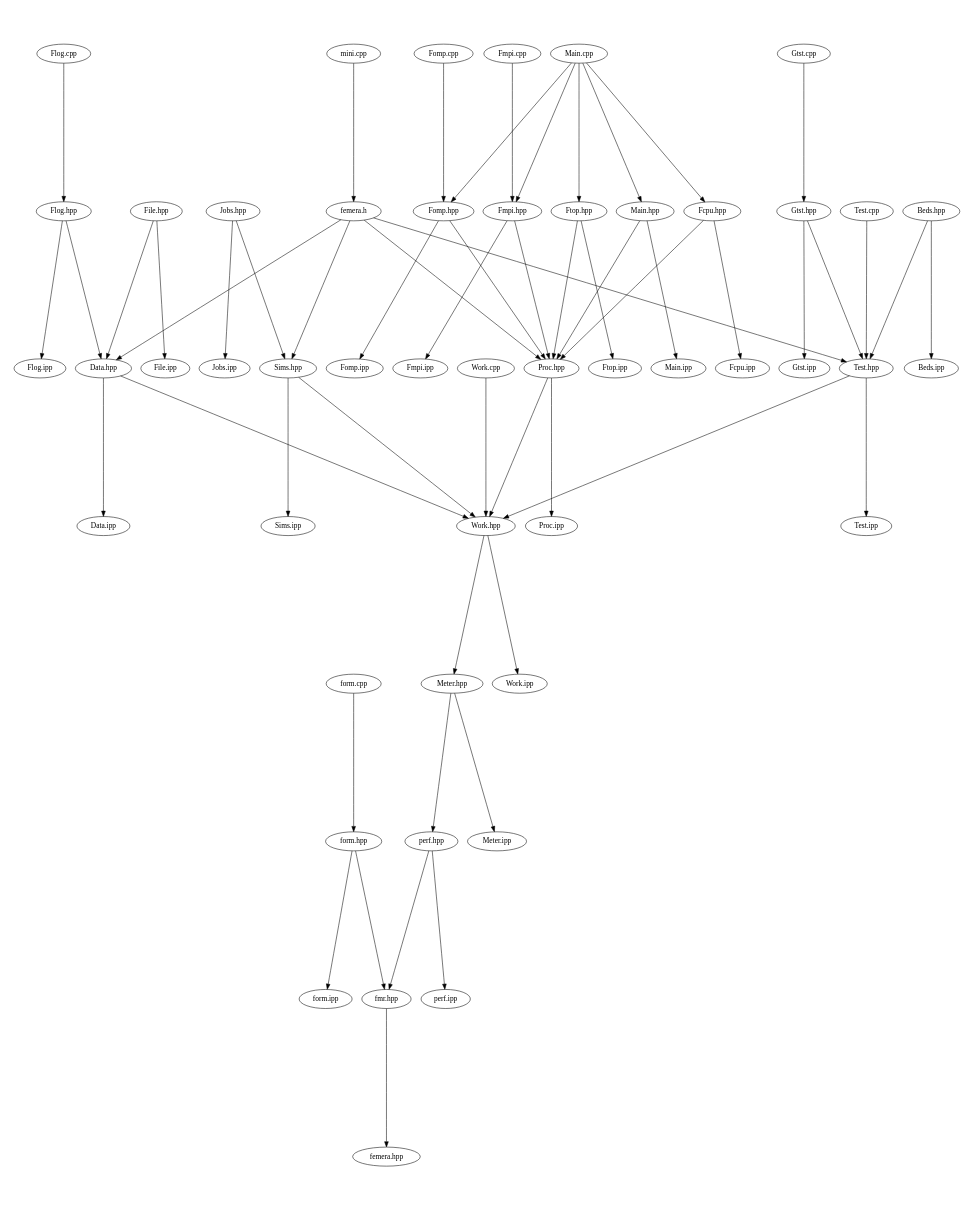
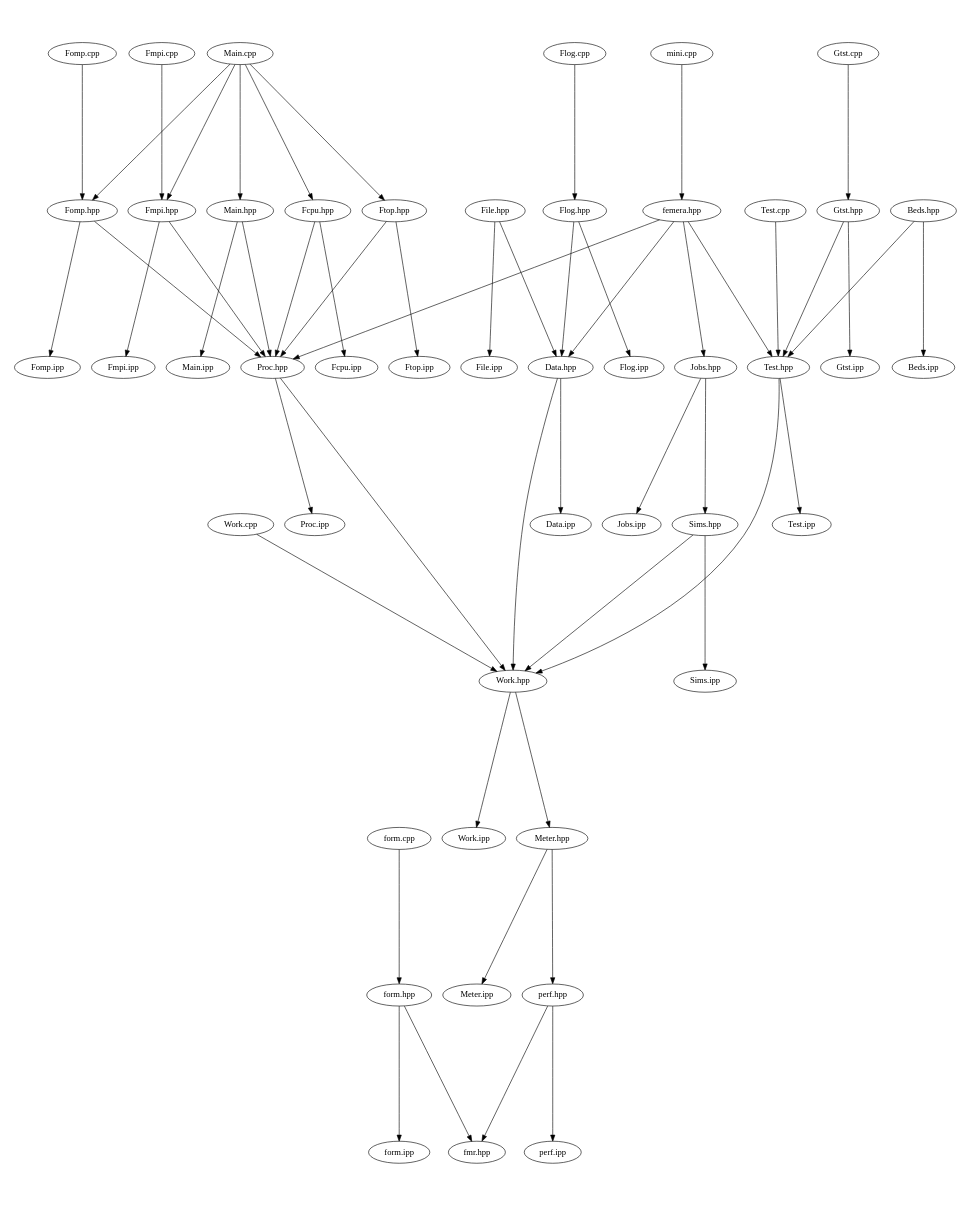
The diagram in src/docs/src-notest.dot (waggyz/femera-mini-app), drawn with Graphviz before and after one commit. The commit also changed 16 other files, not shown here.

```diff
--- a/src/docs/src-notest.dot
+++ b/src/docs/src-notest.dot
@@ -1,62 +1,61 @@
 digraph "source tree" {
     overlap=scale;
     size="8,10";
     ratio="fill";
     fontsize="16";
     fontname="Helvetica";
 	clusterrank="local";
+	"femera.hpp" -> "Jobs.hpp"
 	"Meter.hpp" -> "perf.hpp"
 	"Main.cpp" -> "Fomp.hpp"
 	"Sims.hpp" -> "Work.hpp"
 	"Fmpi.hpp" -> "Fmpi.ipp"
 	"Sims.hpp" -> "Sims.ipp"
 	"Jobs.hpp" -> "Jobs.ipp"
 	"Fomp.cpp" -> "Fomp.hpp"
+	"femera.hpp" -> "Proc.hpp"
 	"Main.cpp" -> "Main.hpp"
-	"femera.h" -> "Data.hpp"
-	"femera.h" -> "Proc.hpp"
 	"Proc.hpp" -> "Proc.ipp"
 	"Main.cpp" -> "Fmpi.hpp"
 	"Main.cpp" -> "Fcpu.hpp"
 	"Ftop.hpp" -> "Ftop.ipp"
 	"perf.hpp" -> "fmr.hpp"
 	"Data.hpp" -> "Data.ipp"
 	"Work.hpp" -> "Work.ipp"
-	"femera.h" -> "Test.hpp"
 	"Main.cpp" -> "Ftop.hpp"
 	"Fmpi.hpp" -> "Proc.hpp"
 	"Test.hpp" -> "Work.hpp"
 	"form.hpp" -> "form.ipp"
 	"Gtst.cpp" -> "Gtst.hpp"
 	"Fcpu.hpp" -> "Proc.hpp"
 	"Fomp.hpp" -> "Proc.hpp"
 	"Flog.hpp" -> "Data.hpp"
 	"File.hpp" -> "File.ipp"
 	"Meter.hpp" -> "Meter.ipp"
 	"Fomp.hpp" -> "Fomp.ipp"
 	"Gtst.hpp" -> "Gtst.ipp"
 	"form.cpp" -> "form.hpp"
 	"perf.hpp" -> "perf.ipp"
 	"Fmpi.cpp" -> "Fmpi.hpp"
 	"Fcpu.hpp" -> "Fcpu.ipp"
 	"Work.cpp" -> "Work.hpp"
 	"Main.hpp" -> "Main.ipp"
-	"mini.cpp" -> "femera.h"
 	"Test.cpp" -> "Test.hpp"
-	"femera.h" -> "Sims.hpp"
 	"Jobs.hpp" -> "Sims.hpp"
+	"femera.hpp" -> "Test.hpp"
 	"Ftop.hpp" -> "Proc.hpp"
 	"File.hpp" -> "Data.hpp"
-	"fmr.hpp" -> "femera.hpp"
+	"mini.cpp" -> "femera.hpp"
 	"Beds.hpp" -> "Test.hpp"
 	"Proc.hpp" -> "Work.hpp"
 	"form.hpp" -> "fmr.hpp"
 	"Gtst.hpp" -> "Test.hpp"
 	"Flog.cpp" -> "Flog.hpp"
 	"Data.hpp" -> "Work.hpp"
+	"femera.hpp" -> "Data.hpp"
 	"Beds.hpp" -> "Beds.ipp"
 	"Work.hpp" -> "Meter.hpp"
 	"Main.hpp" -> "Proc.hpp"
 	"Test.hpp" -> "Test.ipp"
 	"Flog.hpp" -> "Flog.ipp"
 }
```
